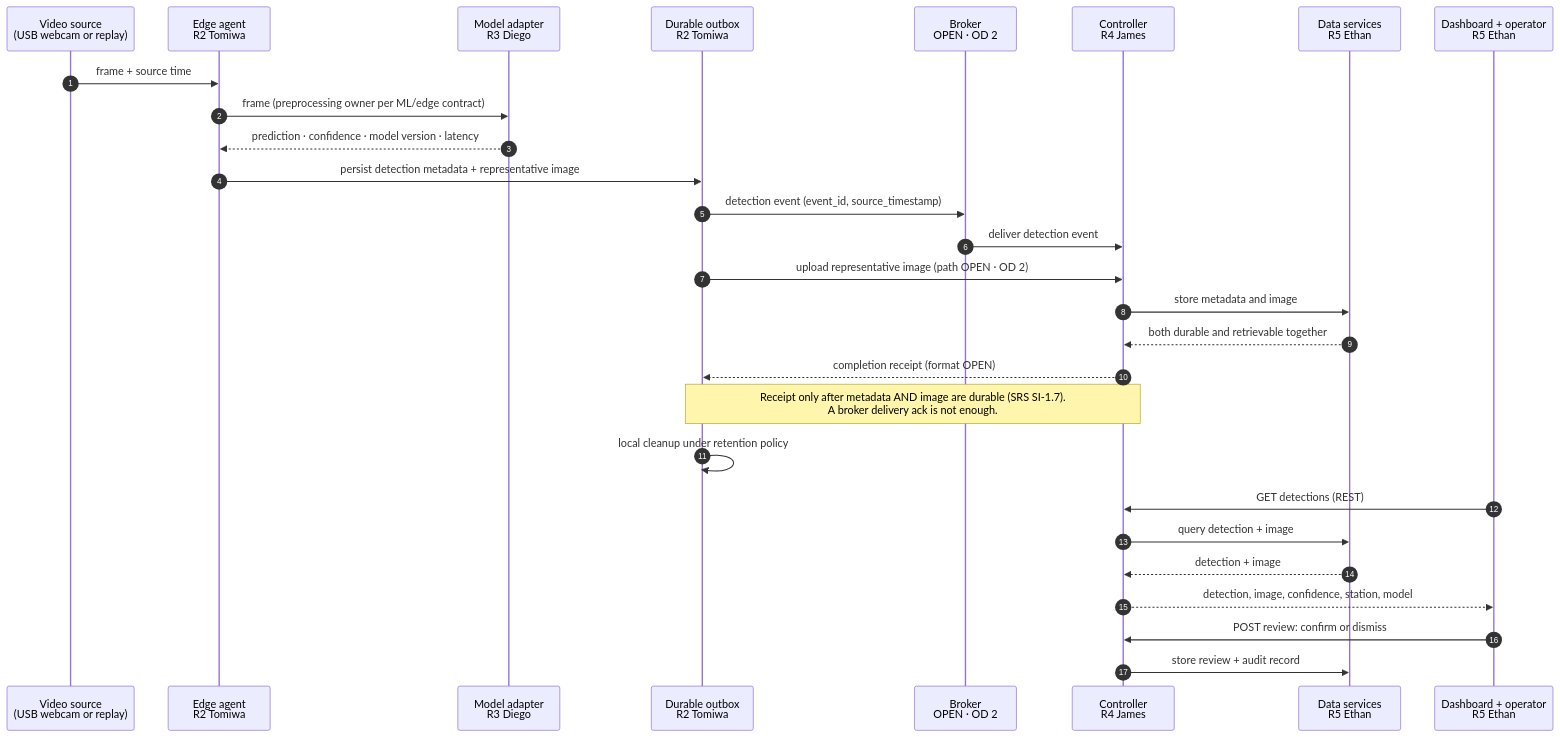
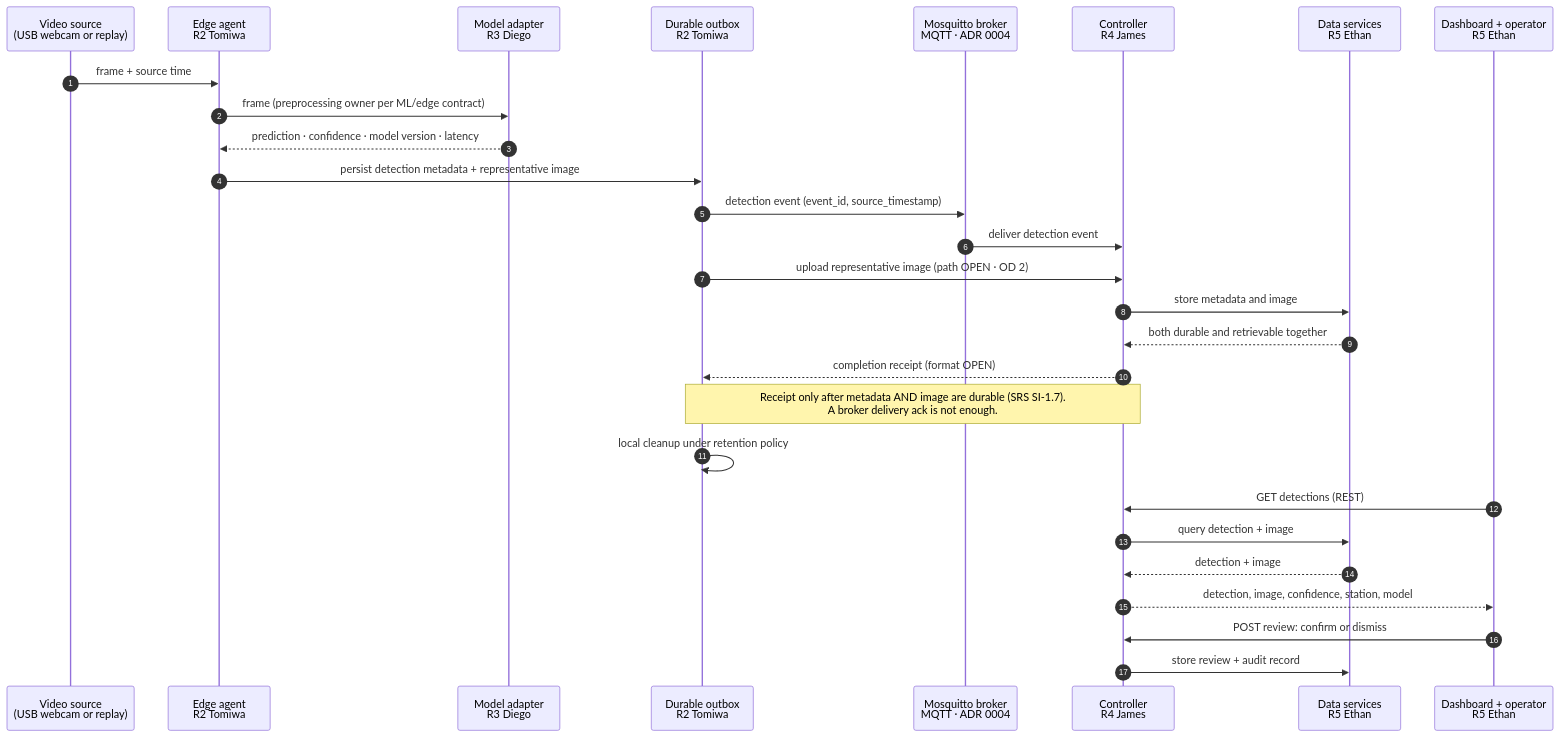
The second of 2 diagrams in docs/architecture/overview.md (MarioTeachesTyping/EmberFlow), drawn with Mermaid before and after one commit. The commit also changed other lines of this file and 15 other files, not shown here.

Commit message:
docs: accept MQTT with Mosquitto as messaging transport (ADR 0004)

````diff
--- a/docs/architecture/overview.md
+++ b/docs/architecture/overview.md
@@ -152,31 +152,31 @@
 ```mermaid
 sequenceDiagram
   autonumber
   participant V as Video source<br/>(USB webcam or replay)
   participant E as Edge agent<br/>R2 Tomiwa
   participant M as Model adapter<br/>R3 Diego
   participant O as Durable outbox<br/>R2 Tomiwa
-  participant B as Broker<br/>OPEN · OD 2
+  participant B as Mosquitto broker<br/>MQTT · ADR 0004
   participant C as Controller<br/>R4 James
   participant D as Data services<br/>R5 Ethan
   participant U as Dashboard + operator<br/>R5 Ethan
 
   V->>E: frame + source time
   E->>M: frame (preprocessing owner per ML/edge contract)
   M-->>E: prediction · confidence · model version · latency
   E->>O: persist detection metadata + representative image
   O->>B: detection event (event_id, source_timestamp)
   B->>C: deliver detection event
   O->>C: upload representative image (path OPEN · OD 2)
   C->>D: store metadata and image
   D-->>C: both durable and retrievable together
   C-->>O: completion receipt (format OPEN)
   Note over C,O: Receipt only after metadata AND image are durable (SRS SI-1.7).<br/>A broker delivery ack is not enough.
   O->>O: local cleanup under retention policy
   U->>C: GET detections (REST)
   C->>D: query detection + image
   D-->>C: detection + image
   C-->>U: detection, image, confidence, station, model
   U->>C: POST review: confirm or dismiss
   C->>D: store review + audit record
 ```
````
